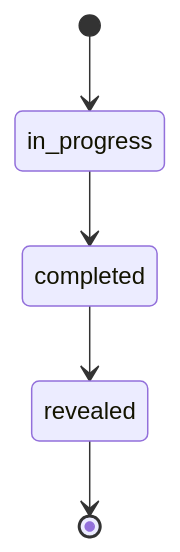
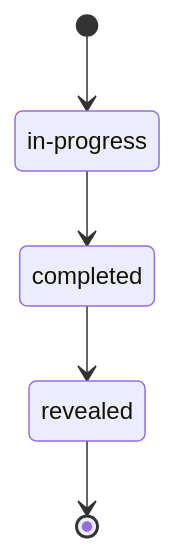
Before and after one commit to Brajesh31/coding-bird: the fifth of 5 diagrams in docs/diagrams/uml-and-data-models.md, drawn with Mermaid.

Commit message:
docs: connect new visuals and engineering references

```diff
--- a/docs/diagrams/uml-and-data-models.md
+++ b/docs/diagrams/uml-and-data-models.md
@@ -218,7 +218,10 @@
 ~~~mermaid
 stateDiagram-v2
-  [*] --> in_progress
-  in_progress --> completed
-  completed --> revealed
-  revealed --> [*]
+  state "in-progress" as InProgress
+  state "completed" as Completed
+  state "revealed" as Revealed
+  [*] --> InProgress
+  InProgress --> Completed
+  Completed --> Revealed
+  Revealed --> [*]
 ~~~
```
